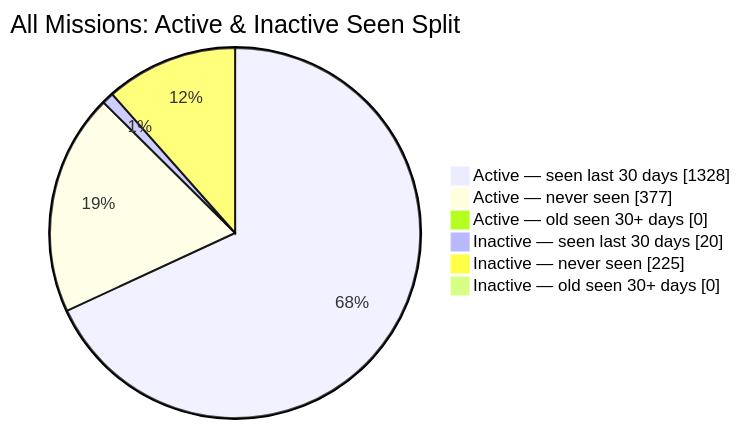
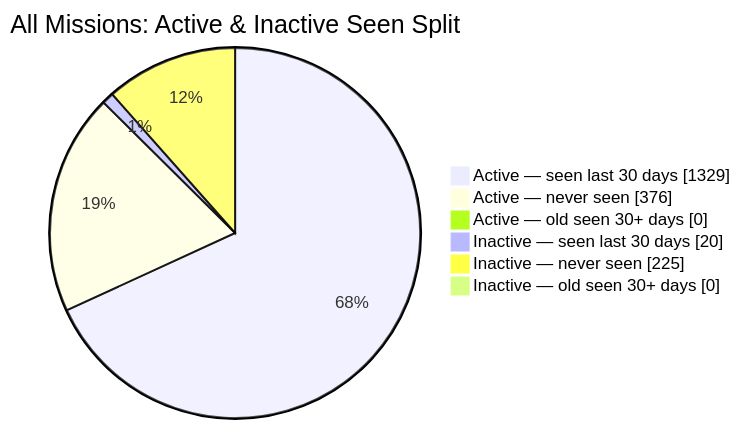
The second of 2 diagrams in README.md (MeldkamerspelGameTeam/active-missions), drawn with Mermaid before and after one commit. The commit also changed other lines of this file and 2 other files, not shown here.

````diff
--- a/README.md
+++ b/README.md
@@ -44,10 +44,10 @@
 ```mermaid
 pie showData
     title All Missions: Active & Inactive Seen Split
-    "Active — seen last 30 days" : 1328
-    "Active — never seen" : 377
+    "Active — seen last 30 days" : 1329
+    "Active — never seen" : 376
     "Active — old seen 30+ days" : 0
     "Inactive — seen last 30 days" : 20
     "Inactive — never seen" : 225
     "Inactive — old seen 30+ days" : 0
 ```
````
